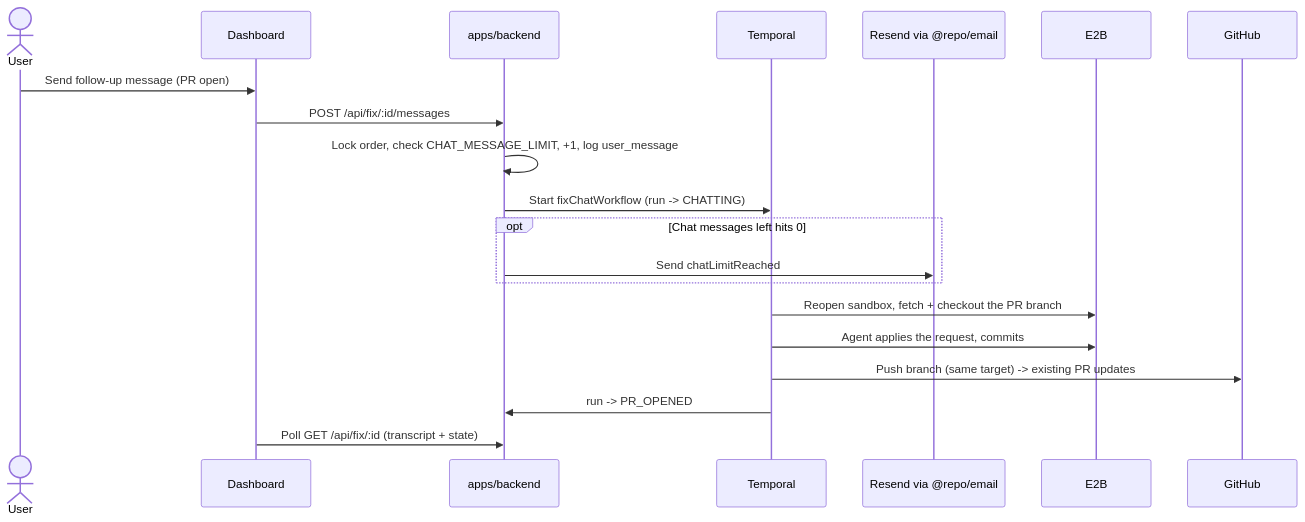
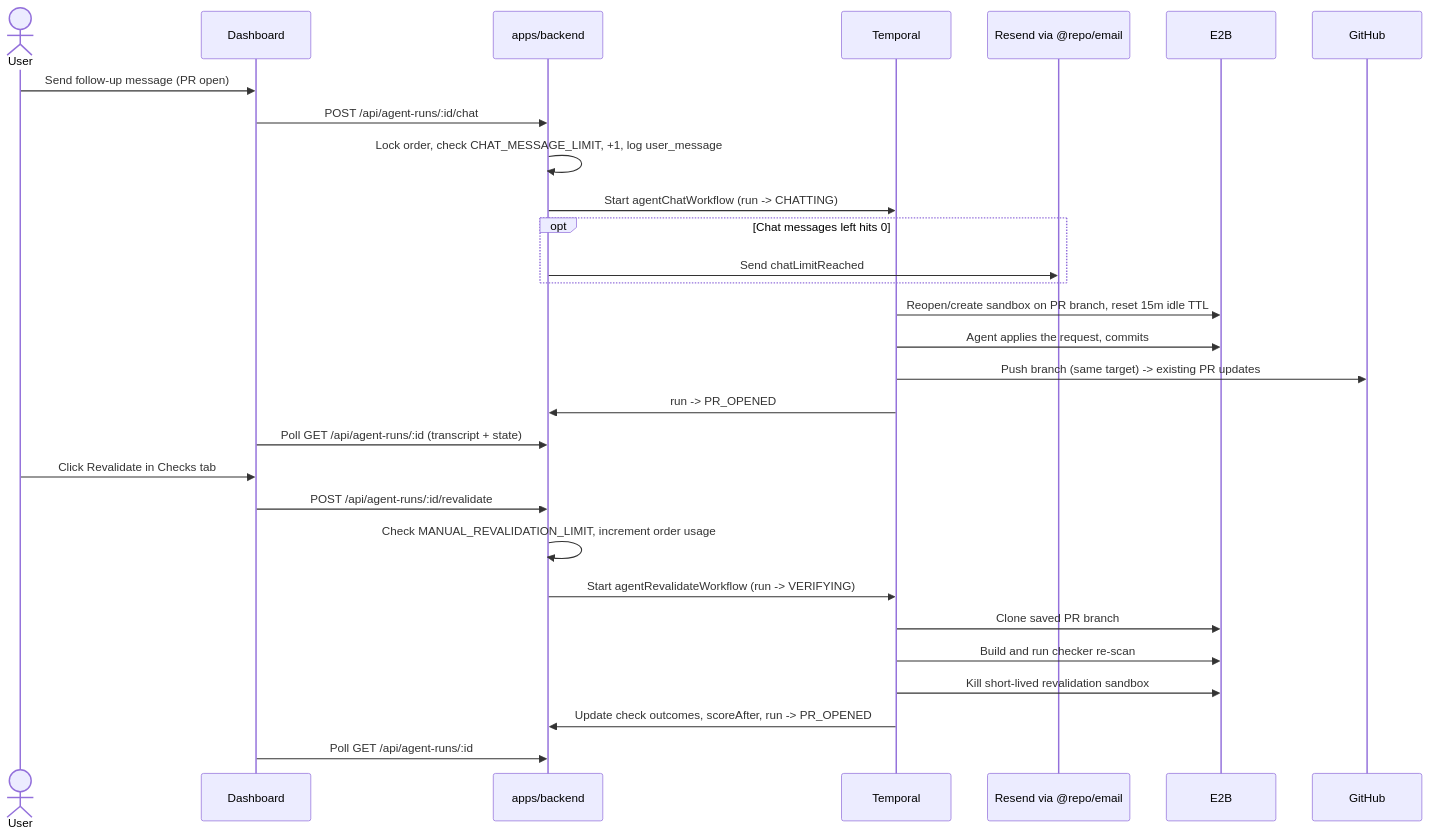
Before and after one commit to ChetanBhosale/geo-repair: the third of 3 diagrams in docs/system-flow.md, drawn with Mermaid. The commit also changed other lines of this file and 40 other files, not shown here.

Commit message:
Improve fix agent and billing flow

````diff
--- a/docs/system-flow.md
+++ b/docs/system-flow.md
@@ -361,23 +389,33 @@
 ```mermaid
 sequenceDiagram
   actor User
   participant Dashboard
   participant API as apps/backend
   participant Temporal
   participant Email as Resend via @repo/email
   participant E2B
   participant GitHub
 
   User->>Dashboard: Send follow-up message (PR open)
-  Dashboard->>API: POST /api/fix/:id/messages
+  Dashboard->>API: POST /api/agent-runs/:id/chat
   API->>API: Lock order, check CHAT_MESSAGE_LIMIT, +1, log user_message
-  API->>Temporal: Start fixChatWorkflow (run -> CHATTING)
+  API->>Temporal: Start agentChatWorkflow (run -> CHATTING)
   opt Chat messages left hits 0
     API->>Email: Send chatLimitReached
   end
-  Temporal->>E2B: Reopen sandbox, fetch + checkout the PR branch
+  Temporal->>E2B: Reopen/create sandbox on PR branch, reset 15m idle TTL
   Temporal->>E2B: Agent applies the request, commits
   Temporal->>GitHub: Push branch (same target) -> existing PR updates
   Temporal->>API: run -> PR_OPENED
-  Dashboard->>API: Poll GET /api/fix/:id (transcript + state)
+  Dashboard->>API: Poll GET /api/agent-runs/:id (transcript + state)
+
+  User->>Dashboard: Click Revalidate in Checks tab
+  Dashboard->>API: POST /api/agent-runs/:id/revalidate
+  API->>API: Check MANUAL_REVALIDATION_LIMIT, increment order usage
+  API->>Temporal: Start agentRevalidateWorkflow (run -> VERIFYING)
+  Temporal->>E2B: Clone saved PR branch
+  Temporal->>E2B: Build and run checker re-scan
+  Temporal->>E2B: Kill short-lived revalidation sandbox
+  Temporal->>API: Update check outcomes, scoreAfter, run -> PR_OPENED
+  Dashboard->>API: Poll GET /api/agent-runs/:id
 ```
````
